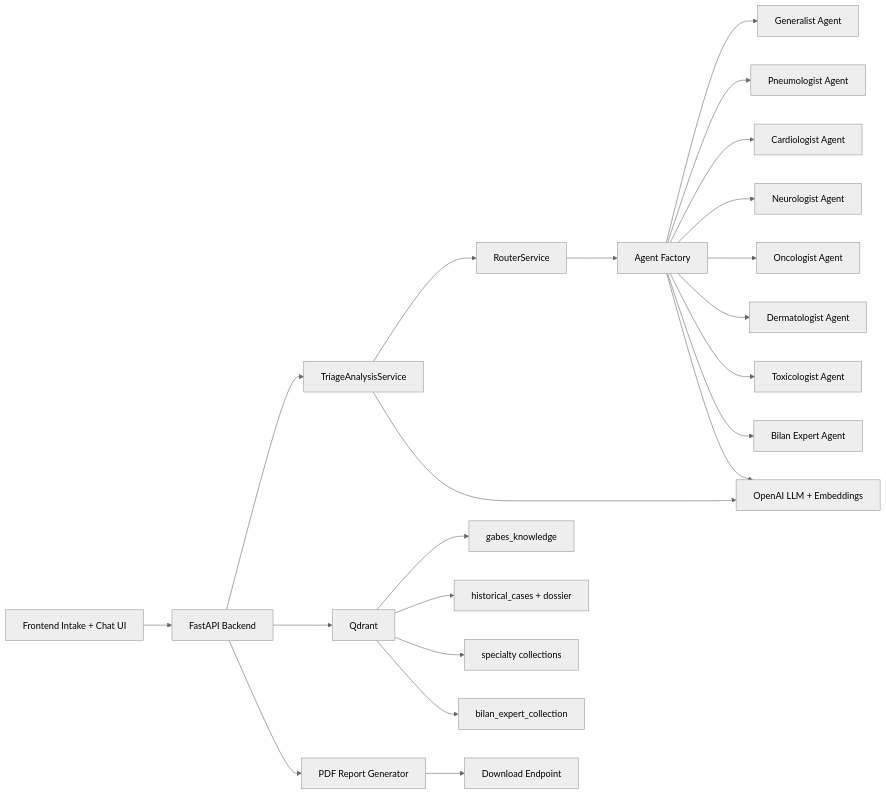
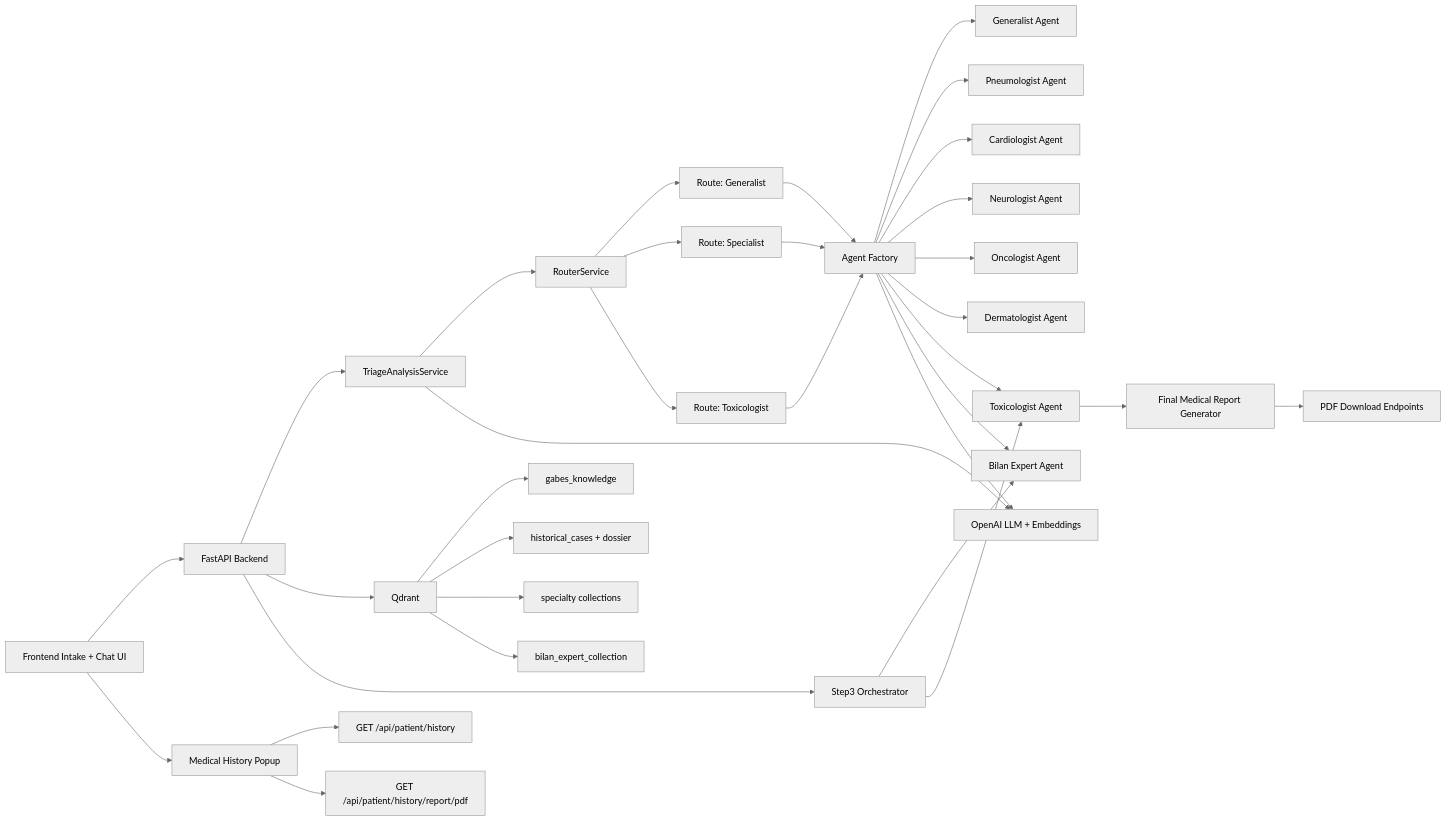
One commit to omarfh111/Gabesi-AIGuardian changed the first of 2 diagrams in README.md. Above: the diagram before and after it, drawn with Mermaid (neutral theme). The commit also changed other lines of this file and 4 other files, not shown here.

````diff
--- a/README.md
+++ b/README.md
@@ -55,26 +57,38 @@
 ```mermaid
 flowchart LR
     A[Frontend Intake + Chat UI] --> B[FastAPI Backend]
     B --> C[TriageAnalysisService]
     C --> D[RouterService]
-    D --> E[Agent Factory]
+    D --> DG[Route: Generalist]
+    D --> DS[Route: Specialist]
+    D --> DT[Route: Toxicologist]
+    DG --> E[Agent Factory]
+    DS --> E
+    DT --> E
     E --> F[Generalist Agent]
     E --> G[Pneumologist Agent]
     E --> H[Cardiologist Agent]
     E --> I[Neurologist Agent]
     E --> J[Oncologist Agent]
     E --> K[Dermatologist Agent]
     E --> L[Toxicologist Agent]
     E --> M[Bilan Expert Agent]
 
     C --> N[OpenAI LLM + Embeddings]
     E --> N
     B --> O[Qdrant]
     O --> P[gabes_knowledge]
     O --> Q[historical_cases + dossier]
     O --> R[specialty collections]
     O --> S[bilan_expert_collection]
 
-    B --> T[PDF Report Generator]
-    T --> U[Download Endpoint]
+    B --> X[Step3 Orchestrator]
+    X --> M
+    X --> L
+    L --> T[Final Medical Report Generator]
+    T --> U[PDF Download Endpoints]
+
+    A --> HM[Medical History Popup]
+    HM --> HV[GET /api/patient/history]
+    HM --> HP[GET /api/patient/history/report/pdf]
 ```
````
